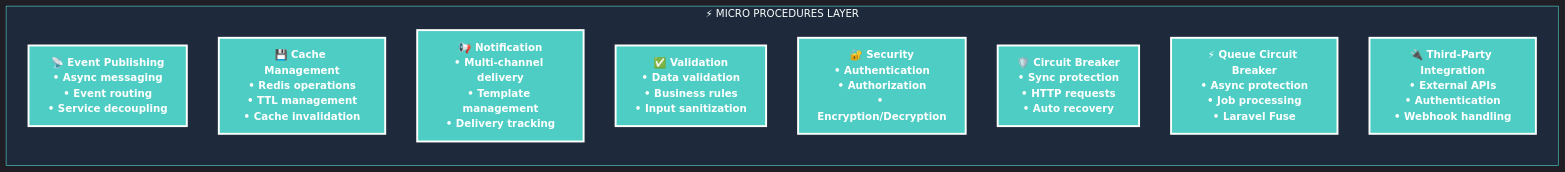
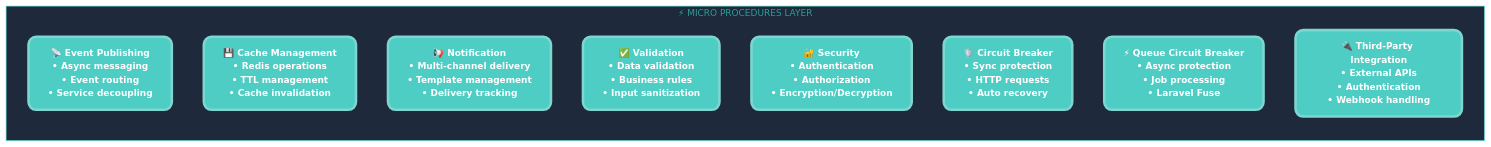
One commit to abdoElHodaky/larvrevrstender changed the second of 8 diagrams in diagrams/microservices-architecture.md. Above: the diagram before and after it, drawn with Mermaid. The commit also changed other lines of this file and 3 other files, not shown here.

First line of the commit message:
feat: Enhance diagram styling with eye-catching dark theme design

````diff
--- a/diagrams/microservices-architecture.md
+++ b/diagrams/microservices-architecture.md
@@ -169,31 +173,35 @@
 ```mermaid
 %%{init: {
-  'theme': 'dark',
+  'theme': 'base',
   'themeVariables': {
+    'darkMode': true,
     'primaryColor': '#4ECDC4',
     'primaryTextColor': '#FFFFFF',
     'primaryBorderColor': '#7ED6D1',
     'lineColor': '#4ECDC4',
     'background': '#0F172A',
     'mainBkg': '#1E293B',
     'clusterBkg': '#1E293B',
     'clusterBorder': '#4ECDC4',
-    'nodeTextColor': '#FFFFFF'
+    'nodeTextColor': '#FFFFFF',
+    'fontFamily': 'Inter, Segoe UI, Roboto, sans-serif',
+    'fontSize': '14px',
+    'fontWeight': 'bold'
   }
 }}%%
 
 graph LR
     subgraph "⚡ MICRO PROCEDURES LAYER"
         EVENT[📡 Event Publishing<br/>• Async messaging<br/>• Event routing<br/>• Service decoupling]
         CACHE[💾 Cache Management<br/>• Redis operations<br/>• TTL management<br/>• Cache invalidation]
         NOTIFY[📢 Notification<br/>• Multi-channel delivery<br/>• Template management<br/>• Delivery tracking]
         VALID[✅ Validation<br/>• Data validation<br/>• Business rules<br/>• Input sanitization]
         SEC[🔐 Security<br/>• Authentication<br/>• Authorization<br/>• Encryption/Decryption]
         CB[🛡️ Circuit Breaker<br/>• Sync protection<br/>• HTTP requests<br/>• Auto recovery]
         QCB[⚡ Queue Circuit Breaker<br/>• Async protection<br/>• Job processing<br/>• Laravel Fuse]
         TPI[🔌 Third-Party Integration<br/>• External APIs<br/>• Authentication<br/>• Webhook handling]
     end
 
-    classDef microStyle fill:#4ECDC4,stroke:#FFFFFF,stroke-width:3px,color:#FFFFFF,font-weight:bold
+    classDef microStyle fill:#4ECDC4,stroke:#7ED6D1,stroke-width:4px,color:#FFFFFF,font-weight:bold,font-size:14px,rx:12,ry:12
     class EVENT,CACHE,NOTIFY,VALID,SEC,CB,QCB,TPI microStyle
 ```
````
